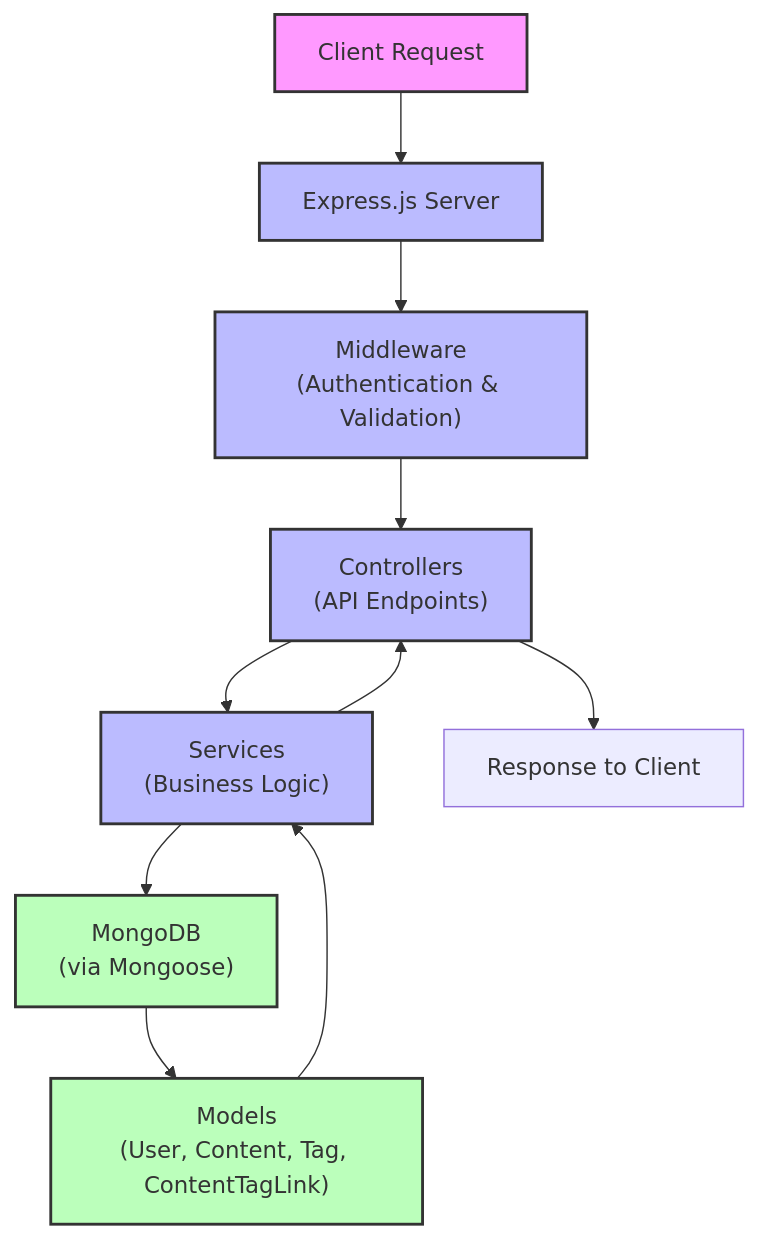
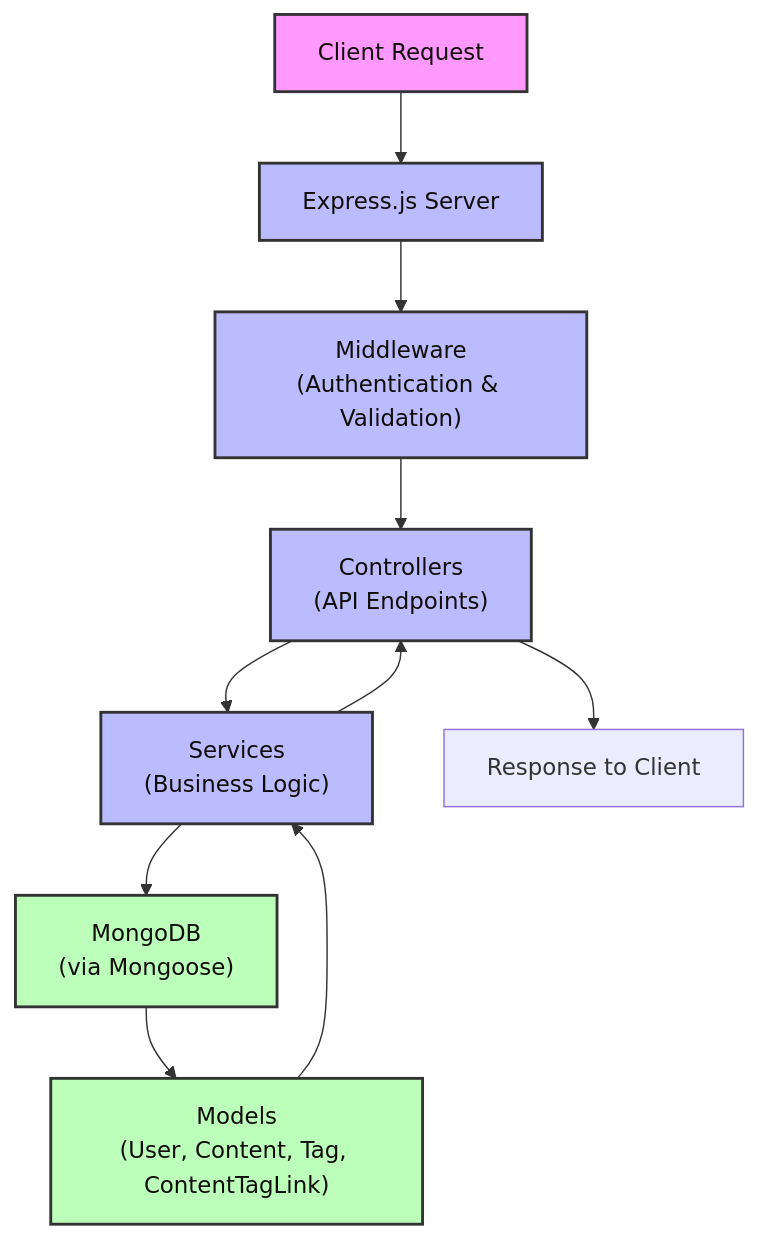
One commit to tsMukesh51/WebDev changed the diagram in Proj-Week-15-Brainsily-be/README.md. Above: the diagram before and after it, drawn with Mermaid.

````diff
--- a/Proj-Week-15-Brainsily-be/README.md
+++ b/Proj-Week-15-Brainsily-be/README.md
@@ -30,20 +30,20 @@
 ```mermaid
 graph TD
     A[Client Request] --> B[Express.js Server]
     B --> C["Middleware<br>(Authentication & Validation)"]
     C --> D["Controllers<br>(API Endpoints)"]
     D --> E["Services<br>(Business Logic)"]
     E --> F["MongoDB<br>(via Mongoose)"]
     F --> G["Models<br>(User, Content, Tag, ContentTagLink)"]
     G --> E
     E --> D
     D --> H[Response to Client]
 
     %% Styling for better readability
-    classDef client fill:#f9f,stroke:#333,stroke-width:2px;
-    classDef server fill:#bbf,stroke:#333,stroke-width:2px;
-    classDef database fill:#bfb,stroke:#333,stroke-width:2px;
+    classDef client fill:#f9f,stroke:#333,stroke-width:2px,color:#100c08;
+    classDef server fill:#bbf,stroke:#333,stroke-width:2px,color:#100c08;
+    classDef database fill:#bfb,stroke:#333,stroke-width:2px,color:#100c08;
     class A client;
     class B,C,D,E server;
     class F,G database;
 ```
````
